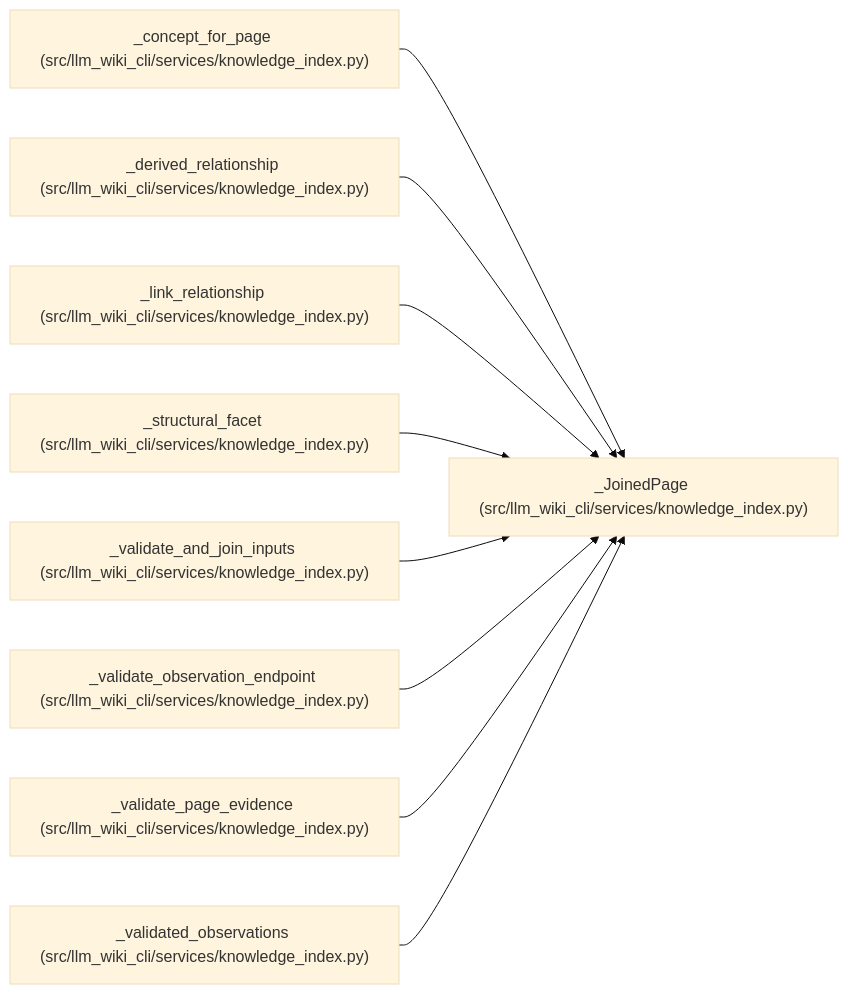
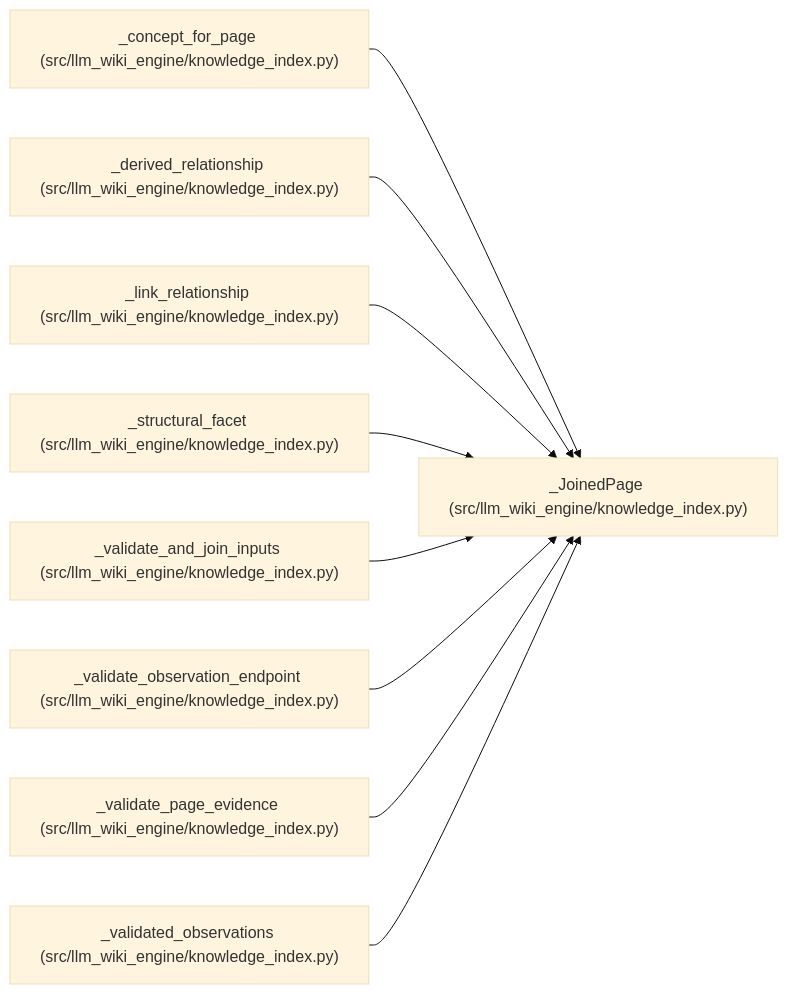
One commit to Denissvgn/python-wiki-llm changed the diagram in docs/llm_wiki/entities/JoinedPage.md. Above: the diagram before and after it, drawn with Mermaid (base theme). The commit also changed other lines of this file and 1058 other files, not shown here.

First line of the commit message:
docs: refresh the wiki for the knowledge store move

````diff
--- a/docs/llm_wiki/entities/JoinedPage.md
+++ b/docs/llm_wiki/entities/JoinedPage.md
@@ -36,29 +36,29 @@
 ```mermaid
 flowchart LR
-    n0["_JoinedPage (src/llm_wiki_cli/services/knowledge_index.py)"]
-    n1["_concept_for_page (src/llm_wiki_cli/services/knowledge_index.py)"]
-    n2["_derived_relationship (src/llm_wiki_cli/services/knowledge_index.py)"]
-    n3["_link_relationship (src/llm_wiki_cli/services/knowledge_index.py)"]
-    n4["_structural_facet (src/llm_wiki_cli/services/knowledge_index.py)"]
-    n5["_validate_and_join_inputs (src/llm_wiki_cli/services/knowledge_index.py)"]
-    n6["_validate_observation_endpoint (src/llm_wiki_cli/services/knowledge_index.py)"]
-    n7["_validate_page_evidence (src/llm_wiki_cli/services/knowledge_index.py)"]
-    n8["_validated_observations (src/llm_wiki_cli/services/knowledge_index.py)"]
+    n0["_JoinedPage (src/llm_wiki_engine/knowledge_index.py)"]
+    n1["_concept_for_page (src/llm_wiki_engine/knowledge_index.py)"]
+    n2["_derived_relationship (src/llm_wiki_engine/knowledge_index.py)"]
+    n3["_link_relationship (src/llm_wiki_engine/knowledge_index.py)"]
+    n4["_structural_facet (src/llm_wiki_engine/knowledge_index.py)"]
+    n5["_validate_and_join_inputs (src/llm_wiki_engine/knowledge_index.py)"]
+    n6["_validate_observation_endpoint (src/llm_wiki_engine/knowledge_index.py)"]
+    n7["_validate_page_evidence (src/llm_wiki_engine/knowledge_index.py)"]
+    n8["_validated_observations (src/llm_wiki_engine/knowledge_index.py)"]
     n1 --> n0
     n2 --> n0
     n3 --> n0
     n4 --> n0
     n5 --> n0
     n6 --> n0
     n7 --> n0
     n8 --> n0
     click n0 "../modules/knowledge_index.md"
     click n1 "../modules/knowledge_index.md"
     click n2 "../modules/knowledge_index.md"
     click n3 "../modules/knowledge_index.md"
     click n4 "../modules/knowledge_index.md"
     click n5 "../modules/knowledge_index.md"
     click n6 "../modules/knowledge_index.md"
     click n7 "../modules/knowledge_index.md"
     click n8 "../modules/knowledge_index.md"
 ```
````
